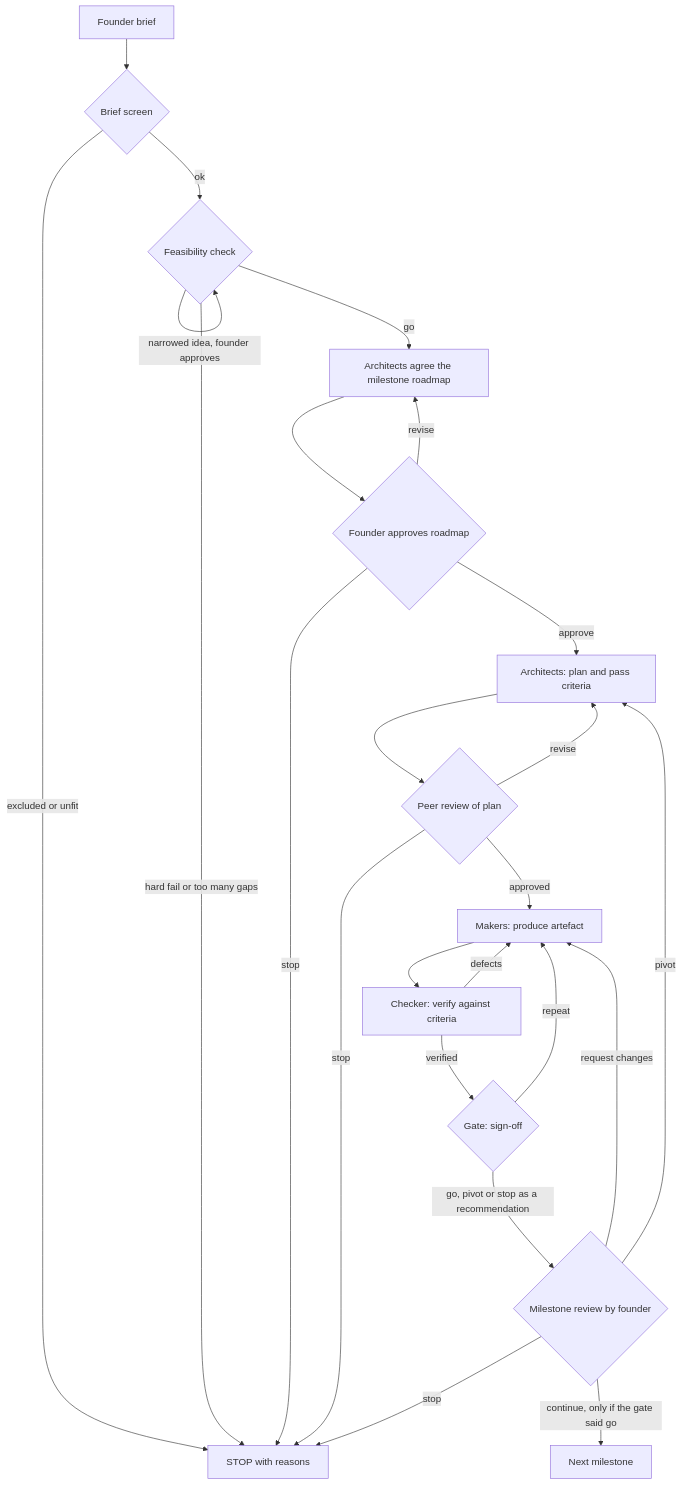
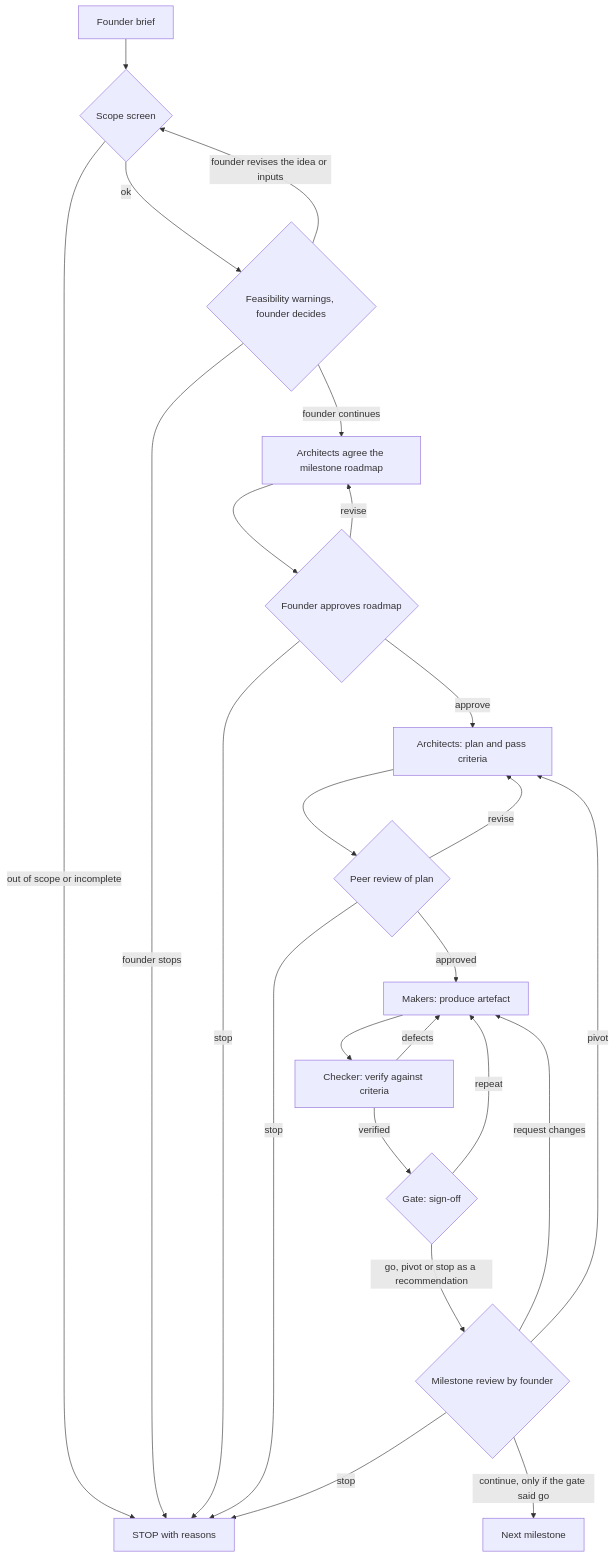
The first of 2 diagrams in ARCHITECTURE.md (Amr-Said2005/MADS-AI-HACKATHON-), drawn with Mermaid before and after one commit. The commit also changed other lines of this file and 19 other files, not shown here.

First line of the commit message:
Make the feasibility check advisory: it warns and the founder decides

````diff
--- a/ARCHITECTURE.md
+++ b/ARCHITECTURE.md
@@ -7,26 +7,26 @@
 ```mermaid
 flowchart TD
-    F[Founder brief] --> S{Brief screen}
-    S -- excluded or unfit --> X[STOP with reasons]
-    S -- ok --> Q{Feasibility check}
-    Q -- hard fail or too many gaps --> X
-    Q -- narrowed idea, founder approves --> Q
-    Q -- go --> M[Architects agree the milestone roadmap]
+    F[Founder brief] --> S{Scope screen}
+    S -- out of scope or incomplete --> X[STOP with reasons]
+    S -- ok --> Q{Feasibility warnings, founder decides}
+    Q -- founder stops --> X
+    Q -- founder revises the idea or inputs --> S
+    Q -- founder continues --> M[Architects agree the milestone roadmap]
     M --> MA{Founder approves roadmap}
     MA -- revise --> M
     MA -- stop --> X
     MA -- approve --> A[Architects: plan and pass criteria]
     A --> R{Peer review of plan}
     R -- revise --> A
     R -- stop --> X
     R -- approved --> D[Makers: produce artefact]
     D --> V[Checker: verify against criteria]
     V -- defects --> D
     V -- verified --> G{Gate: sign-off}
     G -- repeat --> D
     G -- go, pivot or stop as a recommendation --> P{Milestone review by founder}
     P -- request changes --> D
     P -- pivot --> A
     P -- stop --> X
     P -- continue, only if the gate said go --> N[Next milestone]
 ```
````
